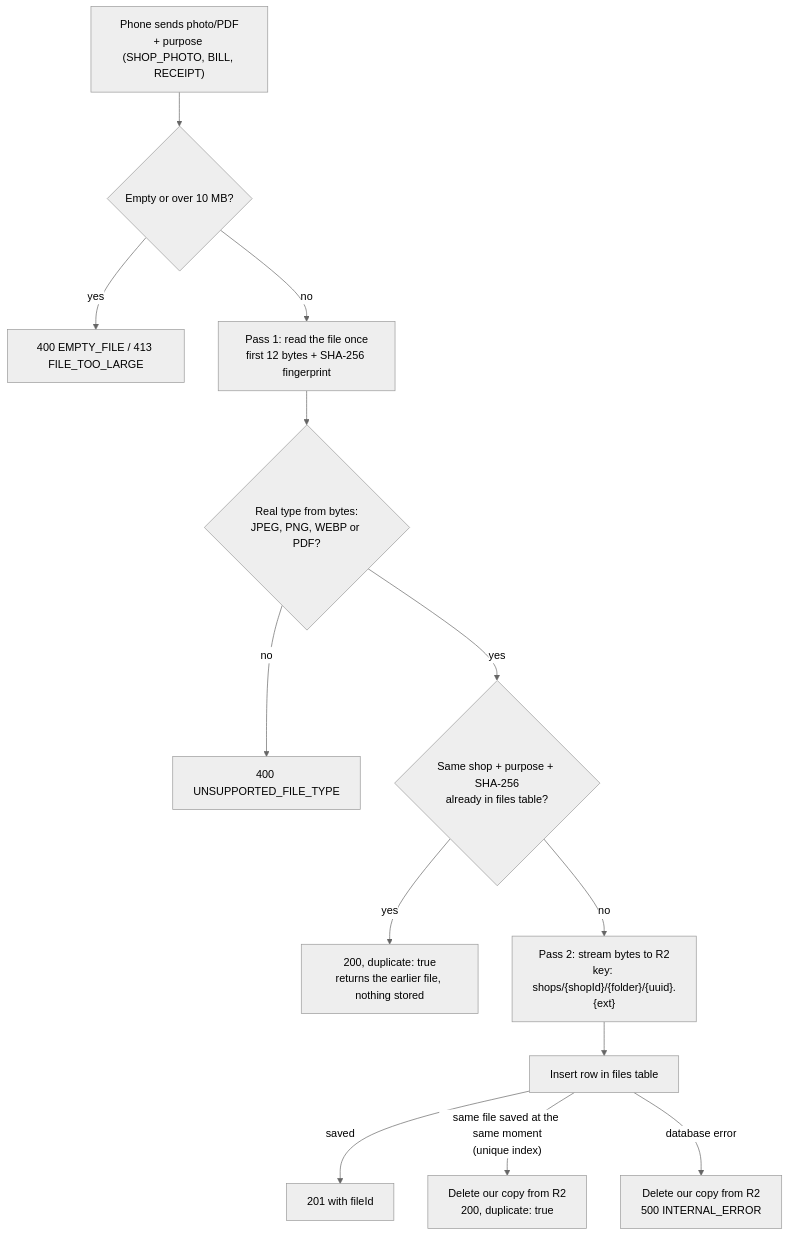
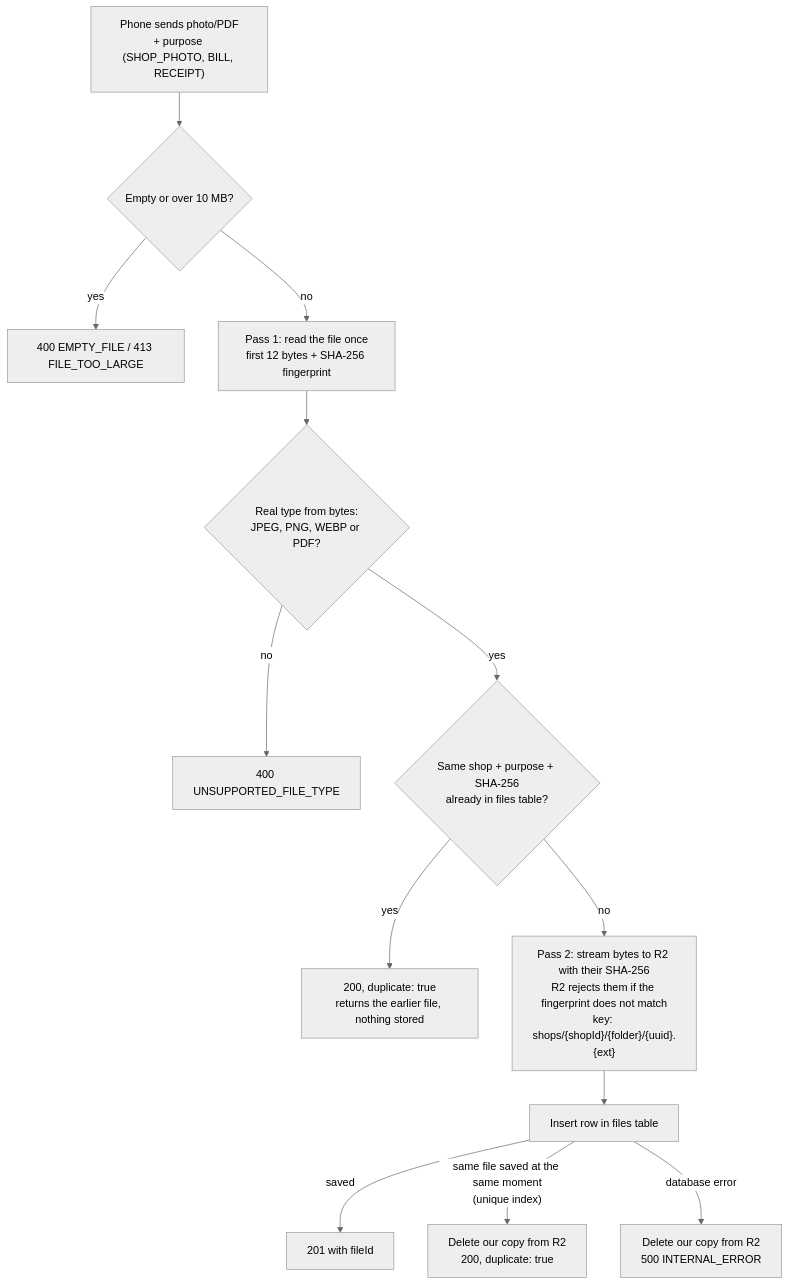
One commit to Premanshu-jha/apni-dukan-backend changed the second of 4 diagrams in README.md. Above: the diagram before and after it, drawn with Mermaid (neutral theme). The commit also changed 5 other files, not shown here.

First line of the commit message:
Send each upload's SHA-256 to R2 so R2 verifies the bytes end to end

````diff
--- a/README.md
+++ b/README.md
@@ -35,15 +35,15 @@
 ```mermaid
 flowchart TD
     A["Phone sends photo/PDF<br/>+ purpose (SHOP_PHOTO, BILL, RECEIPT)"] --> B{"Empty or over 10 MB?"}
     B -- yes --> E1["400 EMPTY_FILE / 413 FILE_TOO_LARGE"]
     B -- no --> C["Pass 1: read the file once<br/>first 12 bytes + SHA-256 fingerprint"]
     C --> D{"Real type from bytes:<br/>JPEG, PNG, WEBP or PDF?"}
     D -- no --> E2["400 UNSUPPORTED_FILE_TYPE"]
     D -- yes --> F{"Same shop + purpose + SHA-256<br/>already in files table?"}
     F -- yes --> G["200, duplicate: true<br/>returns the earlier file, nothing stored"]
-    F -- no --> H["Pass 2: stream bytes to R2<br/>key: shops/{shopId}/{folder}/{uuid}.{ext}"]
+    F -- no --> H["Pass 2: stream bytes to R2 with their SHA-256<br/>R2 rejects them if the fingerprint does not match<br/>key: shops/{shopId}/{folder}/{uuid}.{ext}"]
     H --> I["Insert row in files table"]
     I -- saved --> J["201 with fileId"]
     I -- "same file saved at the same moment<br/>(unique index)" --> K["Delete our copy from R2<br/>200, duplicate: true"]
     I -- "database error" --> L["Delete our copy from R2<br/>500 INTERNAL_ERROR"]
 ```
````
